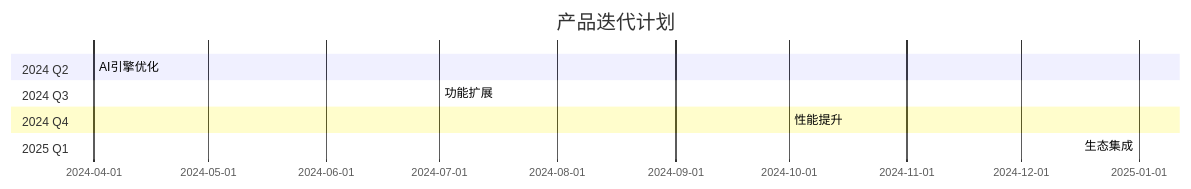
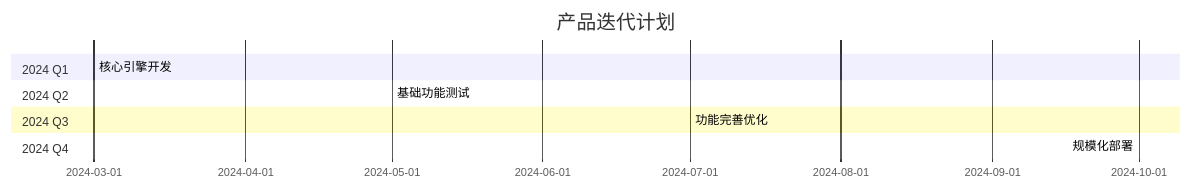
The second of 2 diagrams in whitepaper.md (EXLF/AI-Airdrop), drawn with Mermaid before and after one commit. The commit also changed other lines of this file, not shown here.

````diff
--- a/whitepaper.md
+++ b/whitepaper.md
@@ -140,13 +140,13 @@
 ```mermaid
 gantt
     title 产品迭代计划
     dateFormat  YYYY-MM
+    section 2024 Q1
+    核心引擎开发    :2024-03, 2m
     section 2024 Q2
-    AI引擎优化    :2024-04, 3m
+    基础功能测试    :2024-05, 2m
     section 2024 Q3
-    功能扩展     :2024-07, 3m
+    功能完善优化    :2024-07, 3m
     section 2024 Q4
-    性能提升     :2024-10, 3m
-    section 2025 Q1
-    生态集成     :2025-01, 3m
+    规模化部署     :2024-10, 3m
 ```
````
